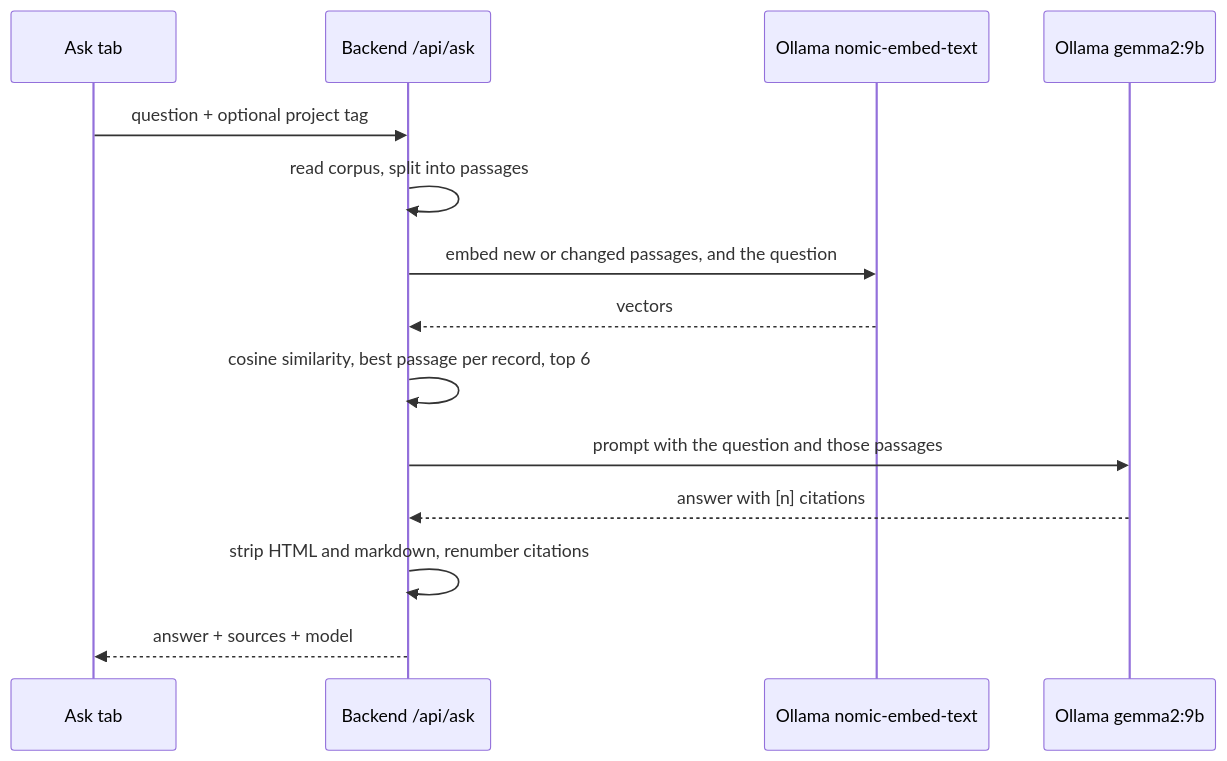
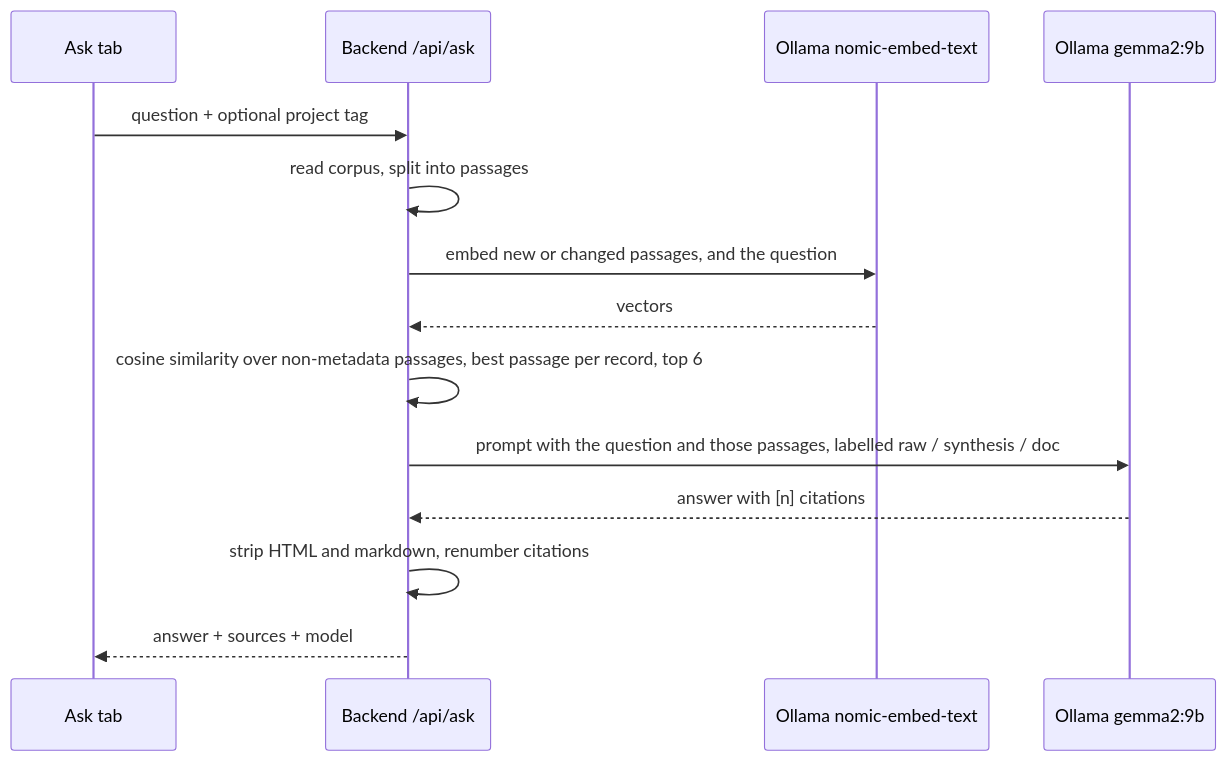
Before and after one commit to herrjosua/research-repo-crud-ui: the second of 3 diagrams in docs/architecture.md, drawn with Mermaid. The commit also changed other lines of this file and 20 other files, not shown here.

Commit message:
feat(ask): source labels, metadata excluded from retrieval, second raw passage, and checks fixes (v1.3.6.7, RR-103)

````diff
--- a/docs/architecture.md
+++ b/docs/architecture.md
@@ -42,16 +42,16 @@
 ```mermaid
 sequenceDiagram
   participant U as Ask tab
   participant B as Backend /api/ask
   participant E as Ollama nomic-embed-text
   participant G as Ollama gemma2:9b
   U->>B: question + optional project tag
   B->>B: read corpus, split into passages
   B->>E: embed new or changed passages, and the question
   E-->>B: vectors
-  B->>B: cosine similarity, best passage per record, top 6
-  B->>G: prompt with the question and those passages
+  B->>B: cosine similarity over non-metadata passages, best passage per record, top 6
+  B->>G: prompt with the question and those passages, labelled raw / synthesis / doc
   G-->>B: answer with [n] citations
   B->>B: strip HTML and markdown, renumber citations
   B-->>U: answer + sources + model
 ```
````
